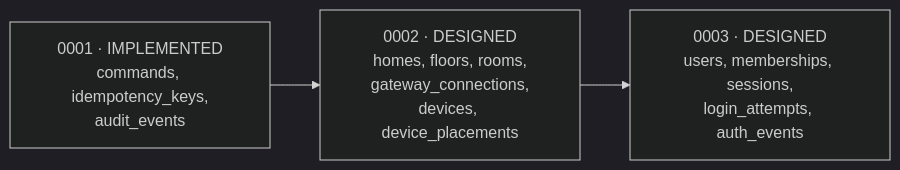
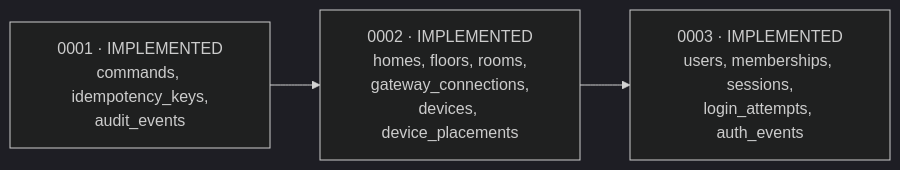
Before and after one commit to nguyenquangtiep/smart-home-future: the first of 3 diagrams in docs/DATABASE_DESIGN.md, drawn with Mermaid (dark theme). The commit also changed other lines of this file and 16 other files, not shown here.

````diff
--- a/docs/DATABASE_DESIGN.md
+++ b/docs/DATABASE_DESIGN.md
@@ -14,4 +13,4 @@
 ```mermaid
 flowchart LR
-    M1["0001 · IMPLEMENTED<br/>commands, idempotency_keys,<br/>audit_events"] --> M2["0002 · DESIGNED<br/>homes, floors, rooms,<br/>gateway_connections,<br/>devices, device_placements"] --> M3["0003 · DESIGNED<br/>users, memberships, sessions,<br/>login_attempts, auth_events"]
+    M1["0001 · IMPLEMENTED<br/>commands, idempotency_keys,<br/>audit_events"] --> M2["0002 · IMPLEMENTED<br/>homes, floors, rooms,<br/>gateway_connections,<br/>devices, device_placements"] --> M3["0003 · IMPLEMENTED<br/>users, memberships, sessions,<br/>login_attempts, auth_events"]
 ```
````
